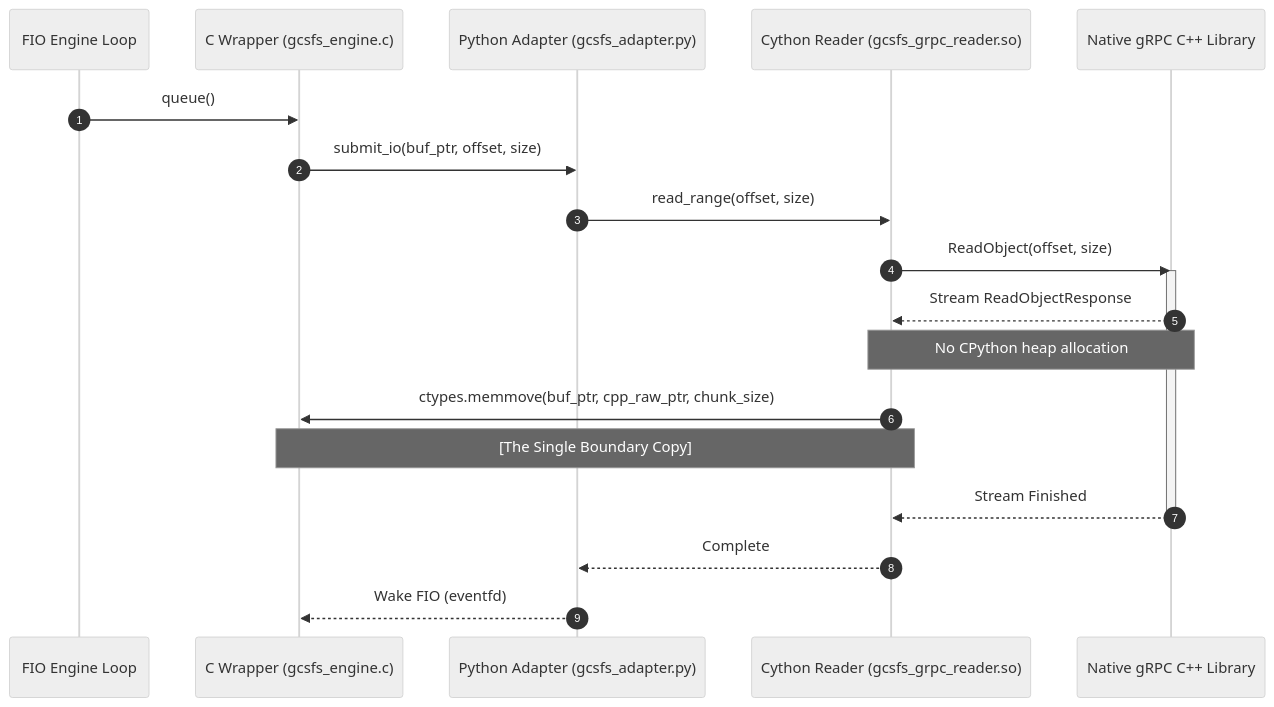
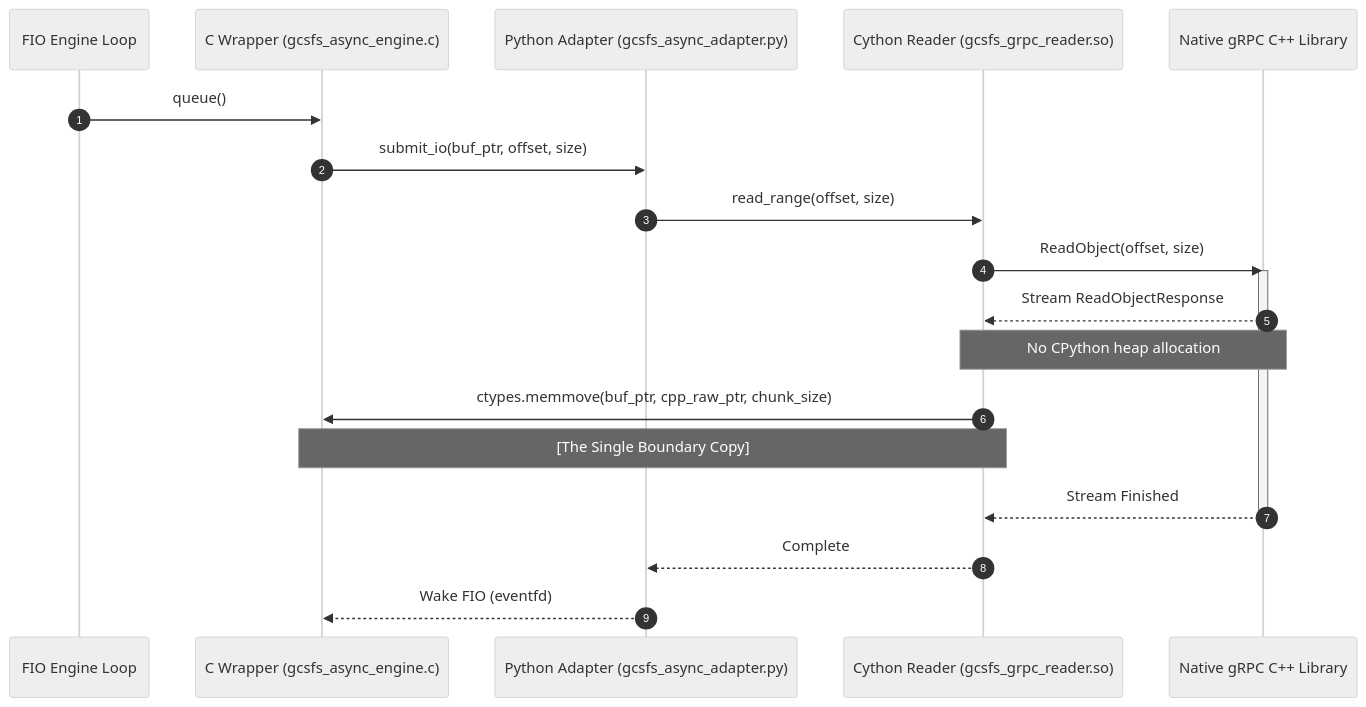
One commit to Yonghui-Lee/gcsfs changed the diagram in fio/docs/optimized_reads_plan.md. Above: the diagram before and after it, drawn with Mermaid (neutral theme). The commit also changed other lines of this file and 9 other files, not shown here.

Commit message:
refactor: rename to libgcsfs_async_fio_engine

````diff
--- a/fio/docs/optimized_reads_plan.md
+++ b/fio/docs/optimized_reads_plan.md
@@ -30,23 +30,23 @@
 ```mermaid
 sequenceDiagram
     autonumber
     participant FIO as FIO Engine Loop
-    participant C as C Wrapper (gcsfs_engine.c)
-    participant Py as Python Adapter (gcsfs_adapter.py)
+    participant C as C Wrapper (gcsfs_async_engine.c)
+    participant Py as Python Adapter (gcsfs_async_adapter.py)
     participant Cy as Cython Reader (gcsfs_grpc_reader.so)
     participant Native as Native gRPC C++ Library
 
     FIO->>C: queue()
     C->>Py: submit_io(buf_ptr, offset, size)
     Py->>Cy: read_range(offset, size)
     Cy->>Native: ReadObject(offset, size)
     activate Native
     Native-->>Cy: Stream ReadObjectResponse
     Note over Cy,Native: No CPython heap allocation
     Cy->>C: ctypes.memmove(buf_ptr, cpp_raw_ptr, chunk_size)
     Note over Cy,C: [The Single Boundary Copy]
     Native-->>Cy: Stream Finished
     deactivate Native
     Cy-->>Py: Complete
     Py-->>C: Wake FIO (eventfd)
 ```
````
